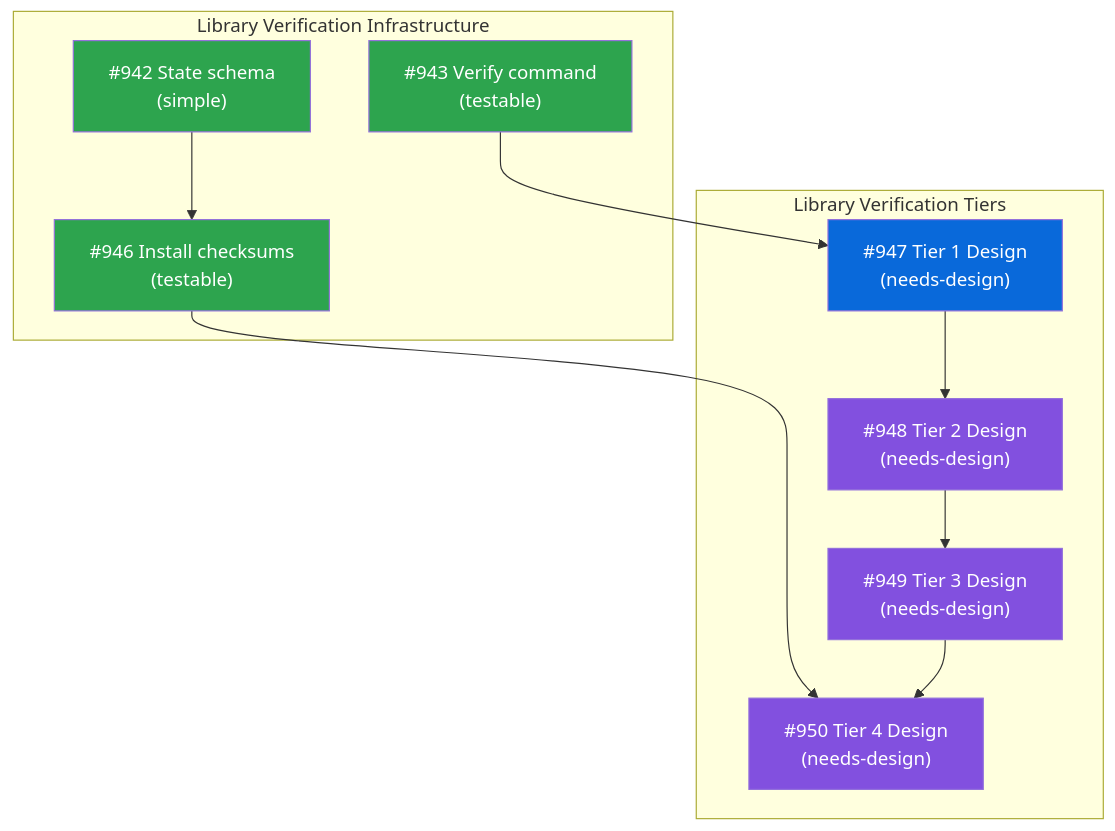
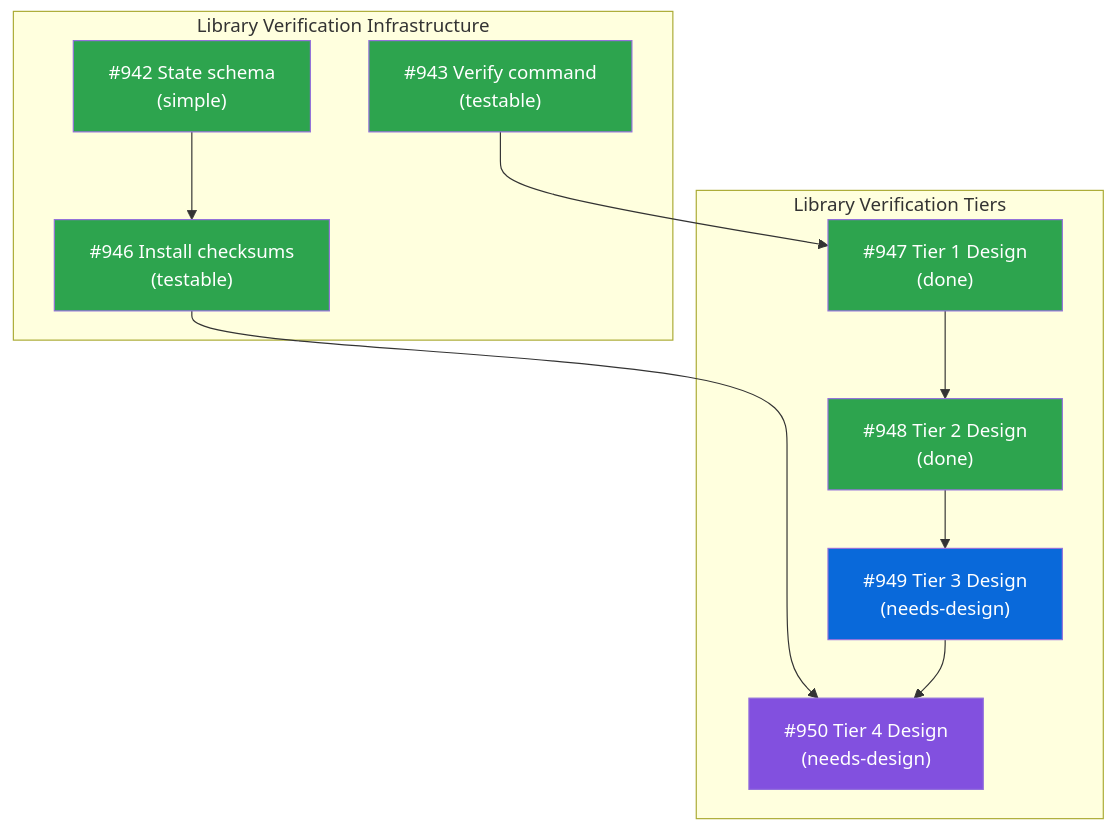
The diagram in docs/designs/DESIGN-library-verification.md (tsukumogami/tsuku), drawn with Mermaid before and after one commit. The commit also changed other lines of this file and 1 other file, not shown here.

Commit message:
docs: add design for dependency resolution (Tier 2) library verification
Adds DESIGN-library-verify-deps.md covering:
- Hybrid approach: pattern-based system library detection + RPATH-aware
  resolution for tsuku-managed dependencies
- System library patterns for Linux (glibc + musl) and macOS
- Path variable expansion ($ORIGIN, @rpath, @loader_path, @executable_path)
- Security mitigations for path traversal, symlinks, and parser vulnerabilities

Also updates DESIGN-library-verification.md umbrella design to mark
issues #947 and #948 as done.

Closes #948

````diff
--- a/docs/designs/DESIGN-library-verification.md
+++ b/docs/designs/DESIGN-library-verification.md
@@ -17,27 +17,27 @@
 ```mermaid
 graph TD
     subgraph Infrastructure["Library Verification Infrastructure"]
         I942["#942 State schema<br/>(simple)"]:::done
         I943["#943 Verify command<br/>(testable)"]:::done
         I946["#946 Install checksums<br/>(testable)"]:::done
     end
 
     subgraph Tiers["Library Verification Tiers"]
-        I947["#947 Tier 1 Design<br/>(needs-design)"]:::ready
-        I948["#948 Tier 2 Design<br/>(needs-design)"]:::needsdesign
-        I949["#949 Tier 3 Design<br/>(needs-design)"]:::needsdesign
+        I947["#947 Tier 1 Design<br/>(done)"]:::done
+        I948["#948 Tier 2 Design<br/>(done)"]:::done
+        I949["#949 Tier 3 Design<br/>(needs-design)"]:::ready
         I950["#950 Tier 4 Design<br/>(needs-design)"]:::needsdesign
     end
 
     I942 --> I946
     I943 --> I947
     I947 --> I948
     I948 --> I949
     I946 --> I950
     I949 --> I950
 
     classDef done fill:#2da44e,color:white
     classDef ready fill:#0969da,color:white
     classDef blocked fill:#d4a72c,color:white
     classDef needsdesign fill:#8250df,color:white
 ```
````
